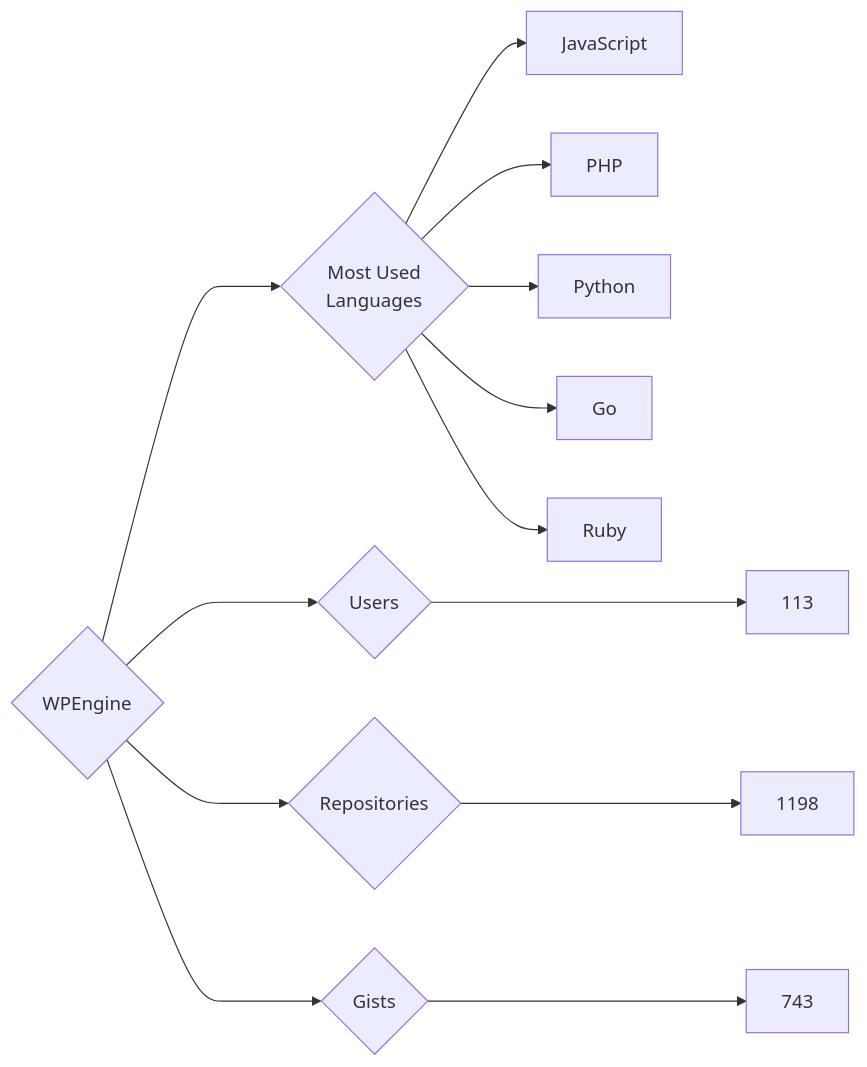
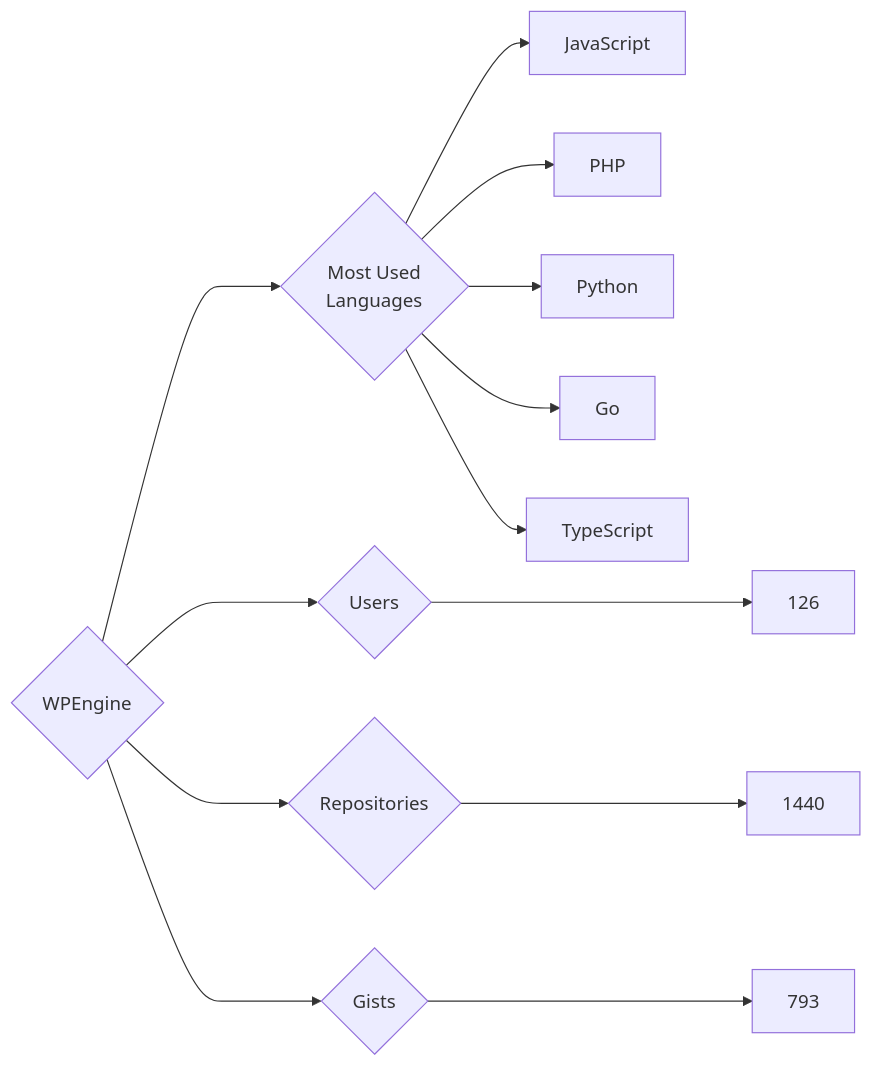
One commit to trickest/insiders changed the diagram in targets/WPEngine/README.md. Above: the diagram before and after it, drawn with Mermaid. The commit also changed 1696 other files, not shown here.

````diff
--- a/targets/WPEngine/README.md
+++ b/targets/WPEngine/README.md
@@ -3,13 +3,13 @@
 ```mermaid
 graph LR
 COMPANY_NAME{WPEngine}
-COMPANY_NAME ---> U{Users} ---> UN[113]
-COMPANY_NAME ---> R{Repositories} ---> RN[1198]
-COMPANY_NAME ---> G{Gists} ---> GN[743]
+COMPANY_NAME ---> U{Users} ---> UN[126]
+COMPANY_NAME ---> R{Repositories} ---> RN[1440]
+COMPANY_NAME ---> G{Gists} ---> GN[793]
 COMPANY_NAME ---> ML{Most Used<br>Languages}
 ML --> JavaScript[JavaScript]
 ML --> PHP[PHP]
 ML --> Python[Python]
 ML --> Go[Go]
-ML --> Ruby[Ruby]
+ML --> TypeScript[TypeScript]
 ```
````
